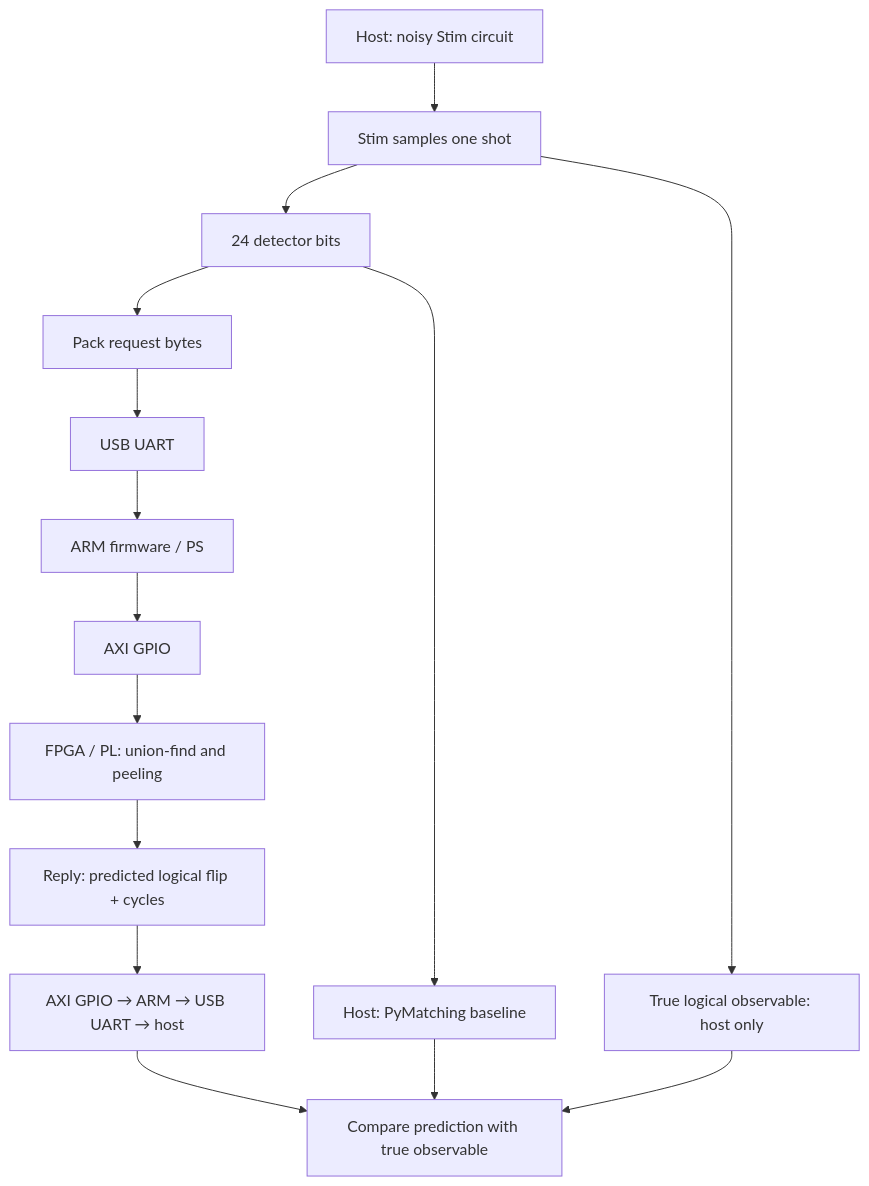
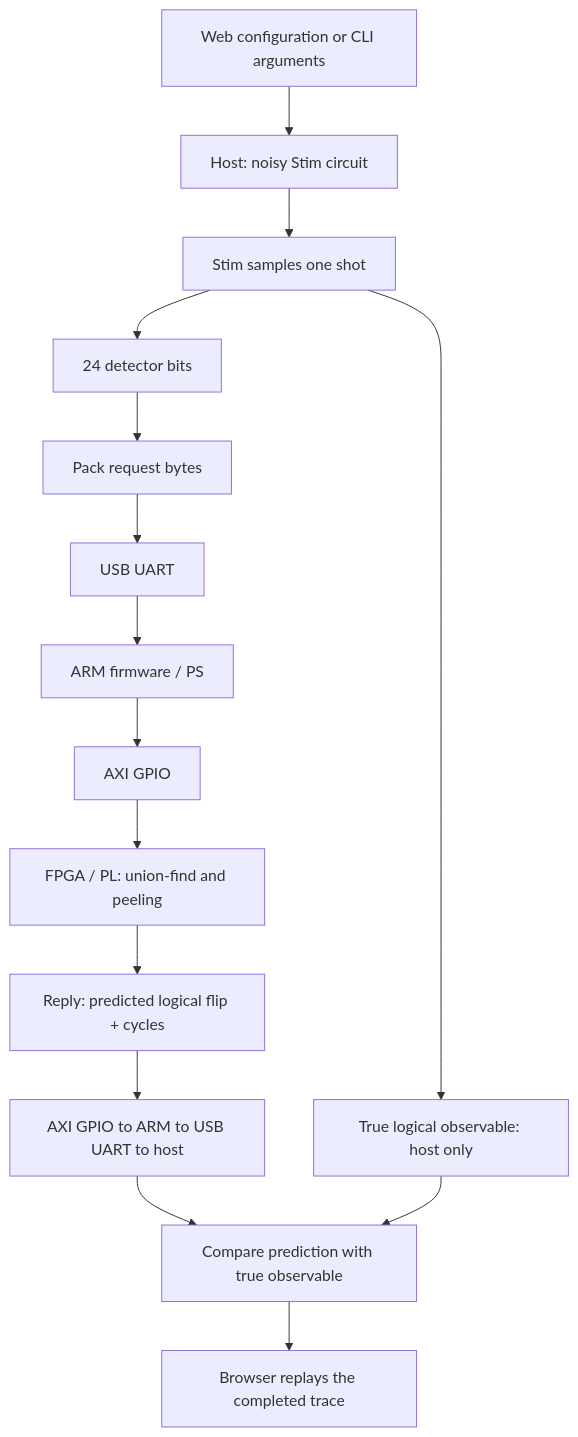
Before and after one commit to ToastCheng/zybo-qec-decoder: the diagram in README.md, drawn with Mermaid. The commit also changed other lines of this file and 15 other files, not shown here.

````diff
--- a/README.md
+++ b/README.md
@@ -65,17 +232,17 @@
 ```mermaid
 flowchart TD
-    C[Host: noisy Stim circuit] --> S[Stim samples one shot]
+    W[Web configuration or CLI arguments] --> C[Host: noisy Stim circuit]
+    C --> S[Stim samples one shot]
     S --> D[24 detector bits]
     S --> O[True logical observable: host only]
     D --> P[Pack request bytes]
     P --> U[USB UART]
     U --> A[ARM firmware / PS]
     A --> G[AXI GPIO]
     G --> F[FPGA / PL: union-find and peeling]
     F --> R[Reply: predicted logical flip + cycles]
-    R --> B[AXI GPIO → ARM → USB UART → host]
+    R --> B[AXI GPIO to ARM to USB UART to host]
     B --> E[Compare prediction with true observable]
     O --> E
-    D --> M[Host: PyMatching baseline]
-    M --> E
+    E --> V[Browser replays the completed trace]
 ```
````
